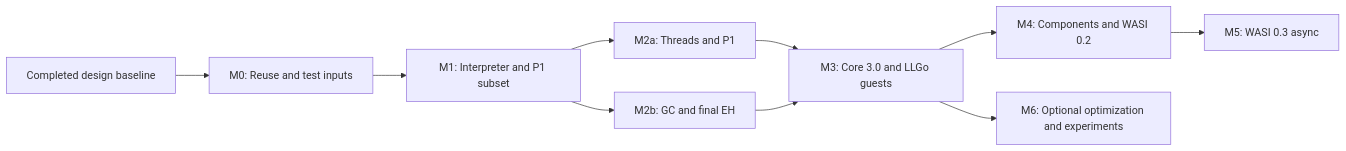
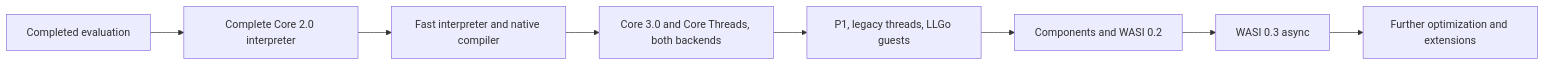
One commit to cpunion/wasmvm changed the diagram in docs/roadmap.md. Above: the diagram before and after it, drawn with Mermaid. The commit also changed other lines of this file and 15 other files, not shown here.

Commit message:
Design the project-owned core compiler and performance gates (#4)

````diff
--- a/docs/roadmap.md
+++ b/docs/roadmap.md
@@ -22,12 +20,10 @@
 ```mermaid
 flowchart LR
-    D[Completed design baseline] --> M0[M0: Reuse and test inputs]
-    M0 --> M1[M1: Interpreter and P1 subset]
-    M1 --> M2A[M2a: Threads and P1]
-    M1 --> M2B[M2b: GC and final EH]
-    M2A --> M3[M3: Core 3.0 and LLGo guests]
-    M2B --> M3
-    M3 --> M4[M4: Components and WASI 0.2]
-    M4 --> M5[M5: WASI 0.3 async]
-    M3 --> M6[M6: Optional optimization and experiments]
+    M0[Completed evaluation] --> M1[Complete Core 2.0 interpreter]
+    M1 --> M2[Fast interpreter and native compiler]
+    M2 --> M3[Core 3.0 and Core Threads, both backends]
+    M3 --> M4[P1, legacy threads, LLGo guests]
+    M4 --> M5[Components and WASI 0.2]
+    M5 --> M6[WASI 0.3 async]
+    M6 --> M7[Further optimization and extensions]
 ```
````
